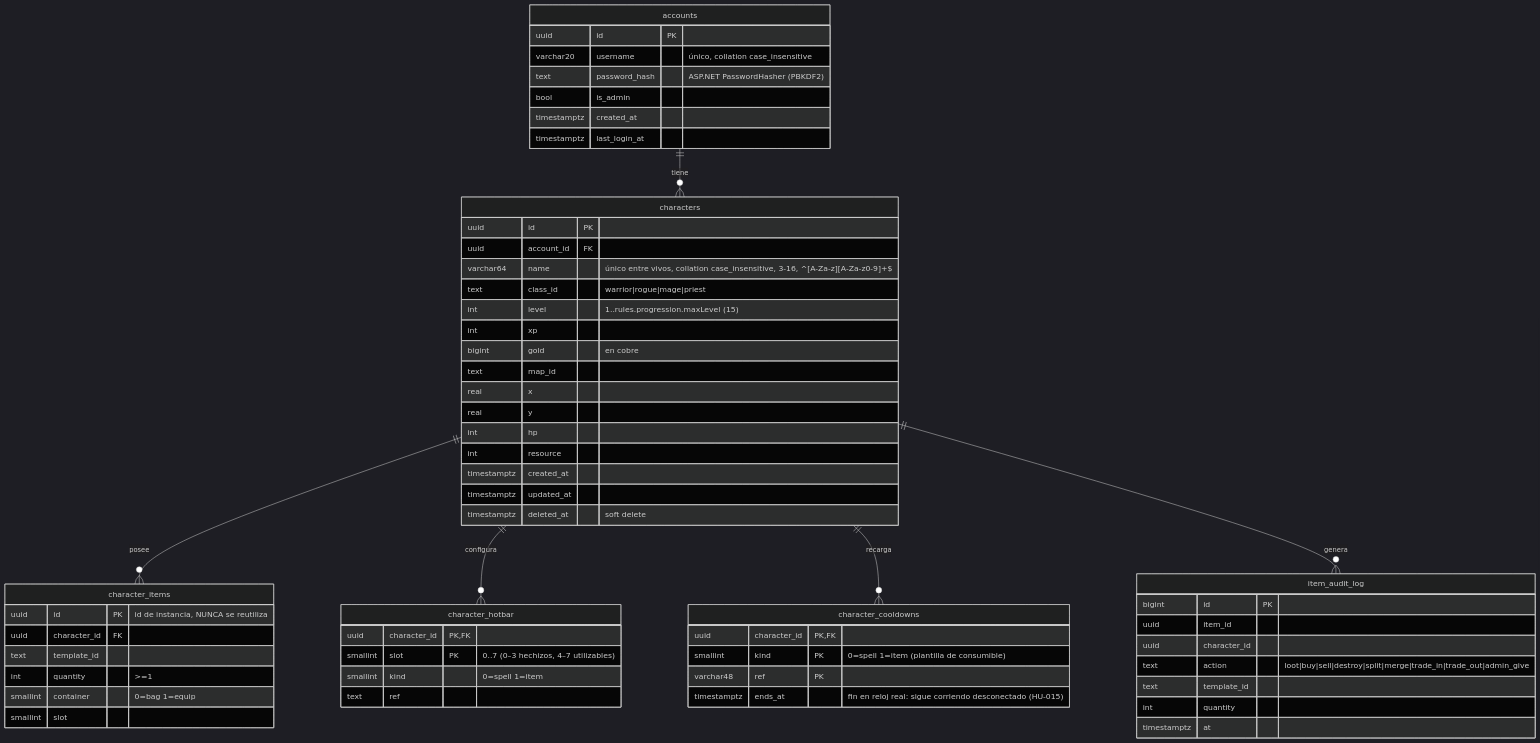
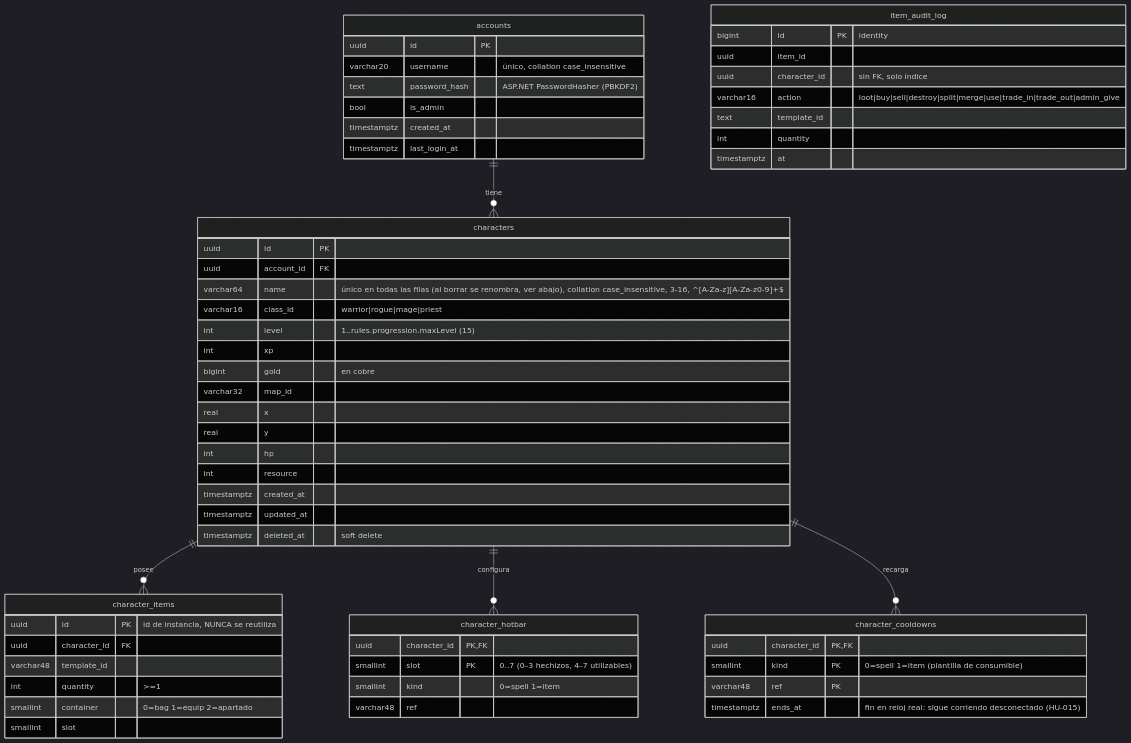
The diagram in docs/database.md (Seem1019/PixelRealms), drawn with Mermaid (dark theme) before and after one commit. The commit also changed other lines of this file and 27 other files, not shown here.

First line of the commit message:
docs: sync backlog, protocol, architecture and deploy with the code

````diff
--- a/docs/database.md
+++ b/docs/database.md
@@ -7,62 +8,61 @@
 ```mermaid
 erDiagram
   accounts ||--o{ characters : tiene
   characters ||--o{ character_items : posee
   characters ||--o{ character_hotbar : configura
   characters ||--o{ character_cooldowns : recarga
-  characters ||--o{ item_audit_log : genera
   accounts {
     uuid id PK
     varchar20 username "único, collation case_insensitive"
     text password_hash "ASP.NET PasswordHasher (PBKDF2)"
     bool is_admin
     timestamptz created_at
     timestamptz last_login_at
   }
   characters {
     uuid id PK
     uuid account_id FK
-    varchar64 name "único entre vivos, collation case_insensitive, 3-16, ^[A-Za-z][A-Za-z0-9]+$"
-    text class_id "warrior|rogue|mage|priest"
+    varchar64 name "único en todas las filas (al borrar se renombra, ver abajo), collation case_insensitive, 3-16, ^[A-Za-z][A-Za-z0-9]+$"
+    varchar16 class_id "warrior|rogue|mage|priest"
     int level "1..rules.progression.maxLevel (15)"
     int xp
     bigint gold "en cobre"
-    text map_id
+    varchar32 map_id
     real x
     real y
     int hp
     int resource
     timestamptz created_at
     timestamptz updated_at
     timestamptz deleted_at "soft delete"
   }
   character_items {
     uuid id PK "id de instancia, NUNCA se reutiliza"
     uuid character_id FK
-    text template_id
+    varchar48 template_id
     int quantity ">=1"
-    smallint container "0=bag 1=equip"
+    smallint container "0=bag 1=equip 2=apartado"
     smallint slot
   }
   character_hotbar {
     uuid character_id PK,FK
     smallint slot PK "0..7 (0–3 hechizos, 4–7 utilizables)"
     smallint kind "0=spell 1=item"
-    text ref
+    varchar48 ref
   }
   character_cooldowns {
     uuid character_id PK,FK
     smallint kind PK "0=spell 1=item (plantilla de consumible)"
     varchar48 ref PK
     timestamptz ends_at "fin en reloj real: sigue corriendo desconectado (HU-015)"
   }
   item_audit_log {
-    bigint id PK
+    bigint id PK "identity"
     uuid item_id
-    uuid character_id
-    text action "loot|buy|sell|destroy|split|merge|trade_in|trade_out|admin_give"
+    uuid character_id "sin FK, solo índice"
+    varchar16 action "loot|buy|sell|destroy|split|merge|use|trade_in|trade_out|admin_give"
     text template_id
     int quantity
     timestamptz at
   }
 ```
````
